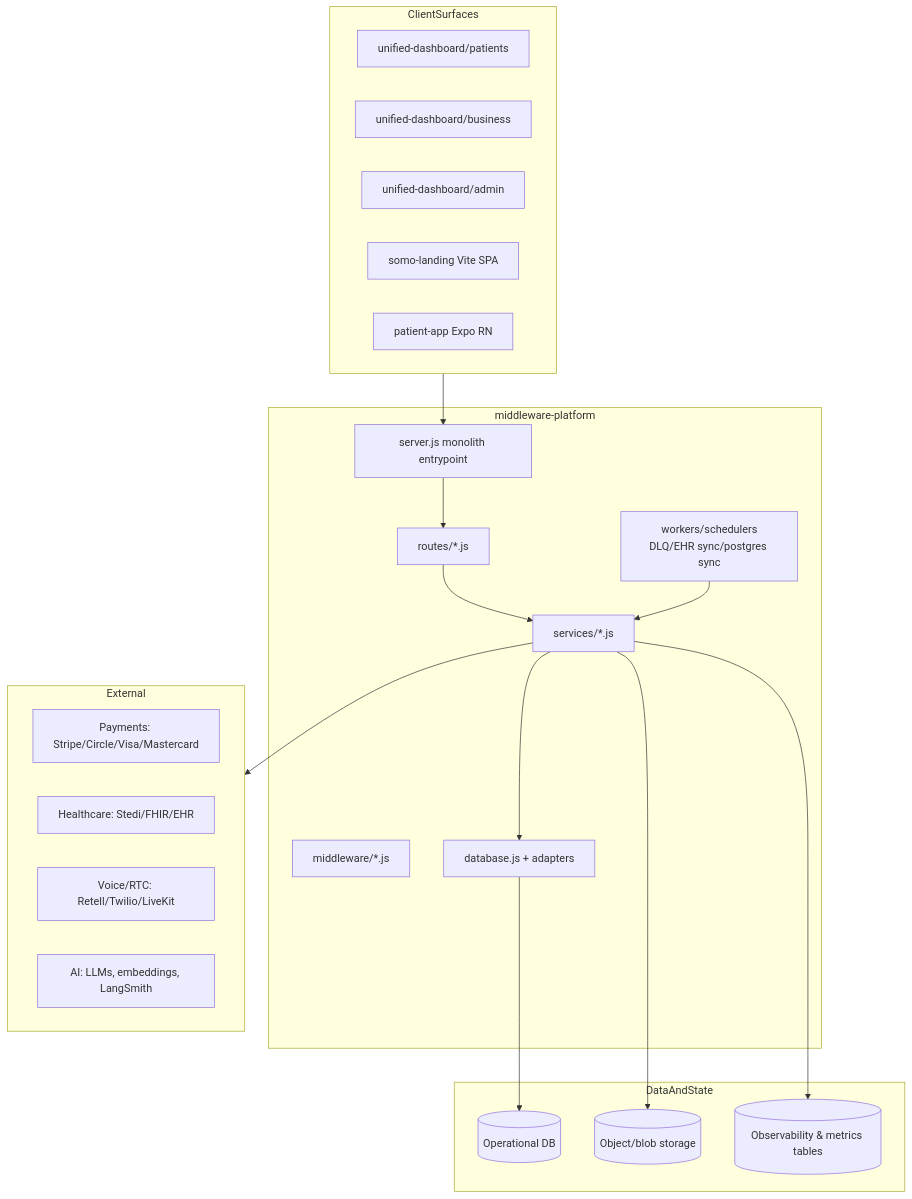
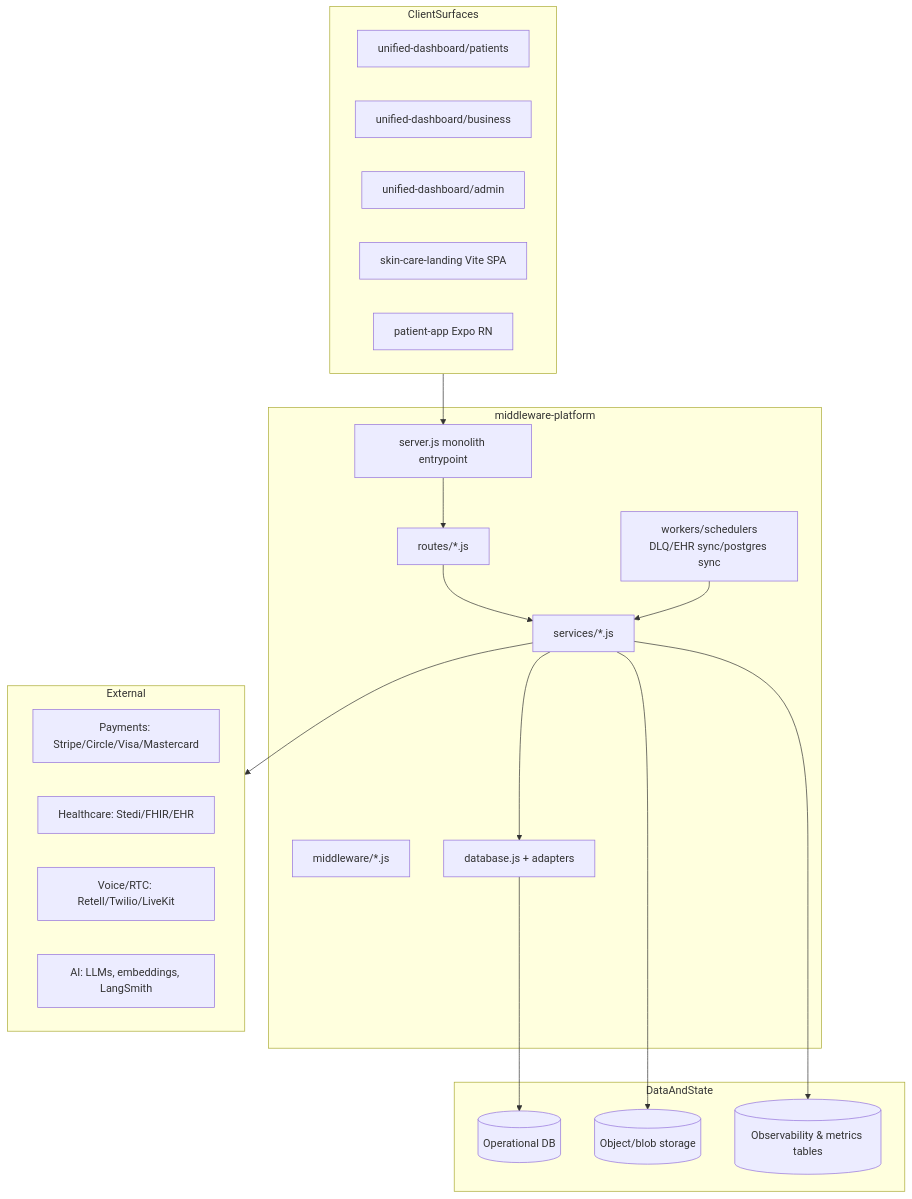
One commit to thetradingdoc/skin-care changed the third of 8 diagrams in docs/architecture/LIVE.md. Above: the diagram before and after it, drawn with Mermaid. The commit also changed other lines of this file and 164 other files, not shown here.

First line of the commit message:
Rebrand consumer and provider surfaces to Skin & Care.

````diff
--- a/docs/architecture/LIVE.md
+++ b/docs/architecture/LIVE.md
@@ -120,42 +120,42 @@
 ```mermaid
 flowchart TB
     subgraph ClientSurfaces
       U1[unified-dashboard/patients]
       U2[unified-dashboard/business]
       U3[unified-dashboard/admin]
-      U4[somo-landing Vite SPA]
+      U4[skin-care-landing Vite SPA]
       M1[patient-app Expo RN]
     end
 
     subgraph Middleware["middleware-platform"]
       S1[server.js monolith entrypoint]
       R1[routes/*.js]
       SV1[services/*.js]
       MW1[middleware/*.js]
       DBA[database.js + adapters]
       WK1[workers/schedulers<br/>DLQ/EHR sync/postgres sync]
     end
 
     subgraph DataAndState
       D1[(Operational DB)]
       D2[(Object/blob storage)]
       D3[(Observability & metrics tables)]
     end
 
     subgraph External
       X1[Payments: Stripe/Circle/Visa/Mastercard]
       X2[Healthcare: Stedi/FHIR/EHR]
       X3[Voice/RTC: Retell/Twilio/LiveKit]
       X4[AI: LLMs, embeddings, LangSmith]
     end
 
     ClientSurfaces --> S1
     S1 --> R1
     R1 --> SV1
     SV1 --> DBA
     DBA --> D1
     SV1 --> D2
     SV1 --> D3
     SV1 --> External
     WK1 --> SV1
 ```
````
